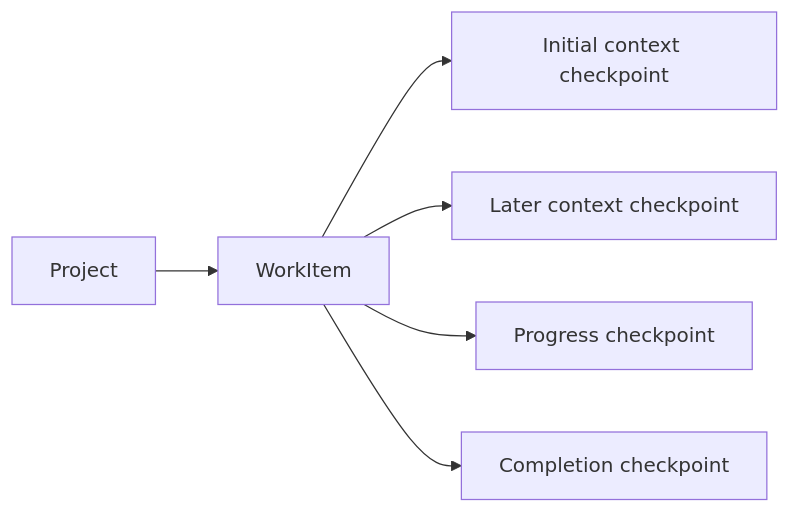
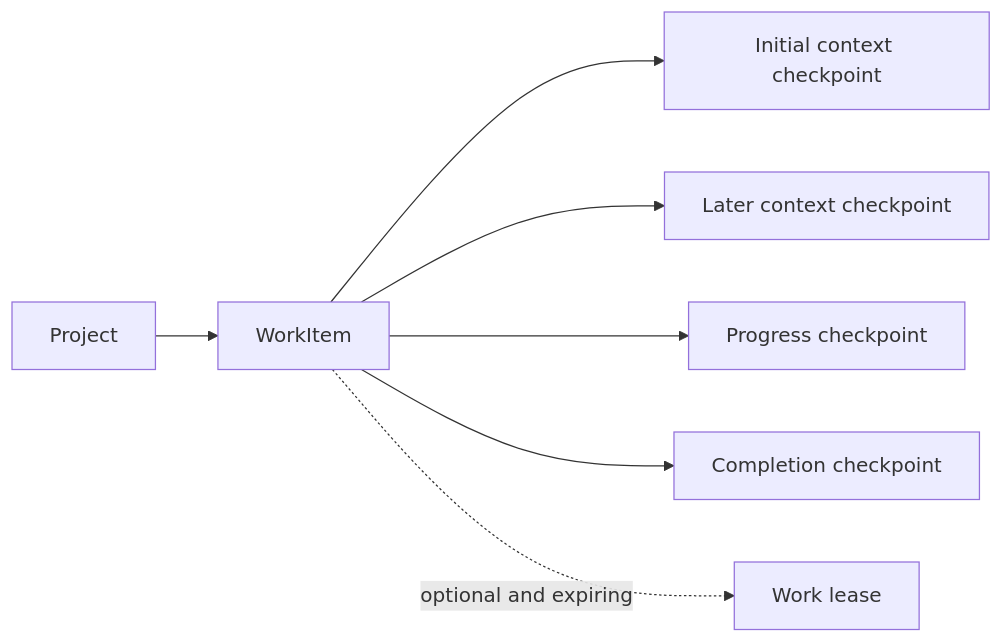
Before and after one commit to RightBrain-Networks/mnemonic: the first of 2 diagrams in docs/architecture.md, drawn with Mermaid. The commit also changed other lines of this file and 50 other files, not shown here.

````diff
--- a/docs/architecture.md
+++ b/docs/architecture.md
@@ -16,8 +16,9 @@
 ```mermaid
 flowchart LR
     Project --> WorkItem
     WorkItem --> Initial[Initial context checkpoint]
     WorkItem --> Context[Later context checkpoint]
     WorkItem --> Progress[Progress checkpoint]
     WorkItem --> Completion[Completion checkpoint]
+    WorkItem -. optional and expiring .-> Lease[Work lease]
 ```
````
